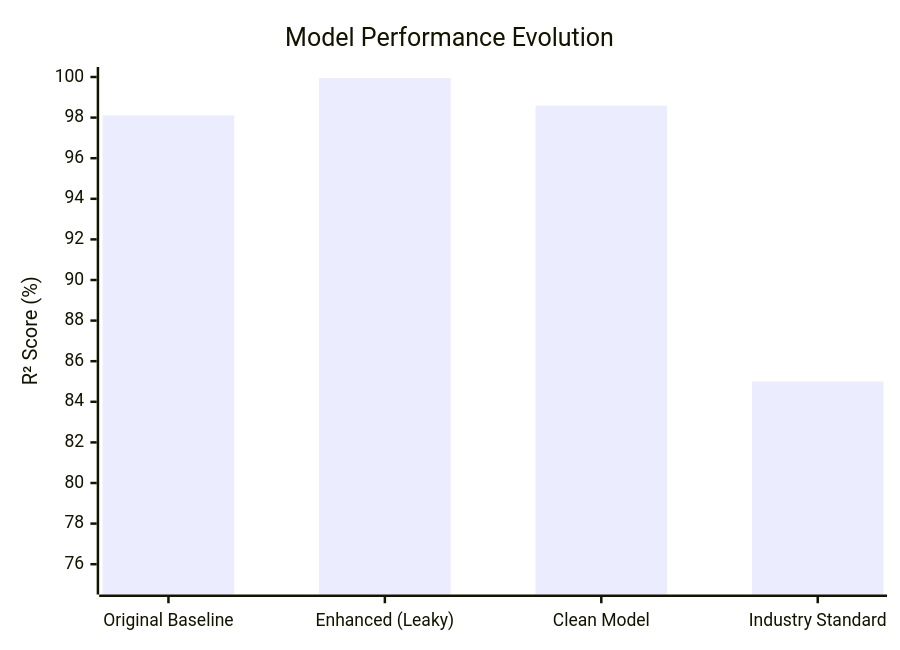
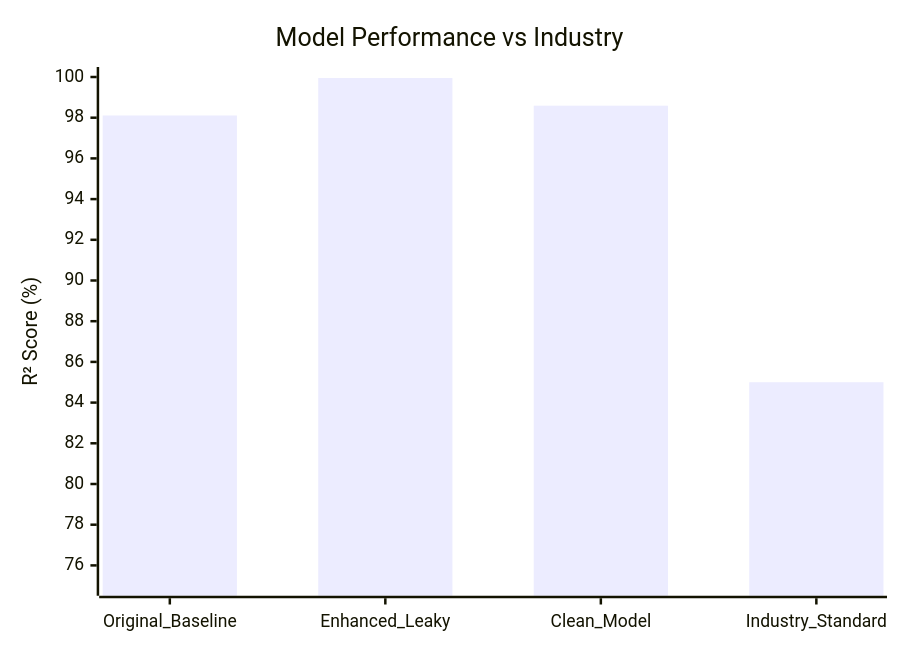
One commit to GameHelix/centipede changed diagram 13 of 13 in README.md. Above: the diagram before and after it, drawn with Mermaid. The commit also changed other lines of this file, not shown here.

````diff
--- a/README.md
+++ b/README.md
@@ -443,7 +458,7 @@
 ```mermaid
 xychart-beta
-    title "Model Performance Evolution"
-    x-axis ["Original Baseline", "Enhanced (Leaky)", "Clean Model", "Industry Standard"]
+    title "Model Performance vs Industry"
+    x-axis [Original_Baseline, Enhanced_Leaky, Clean_Model, Industry_Standard]
     y-axis "R² Score (%)" 75 --> 100
     bar [98.11, 99.95, 98.59, 85.0]
 ```
````
